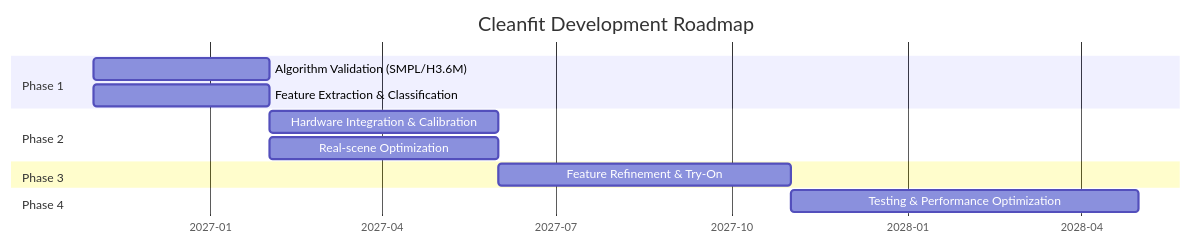
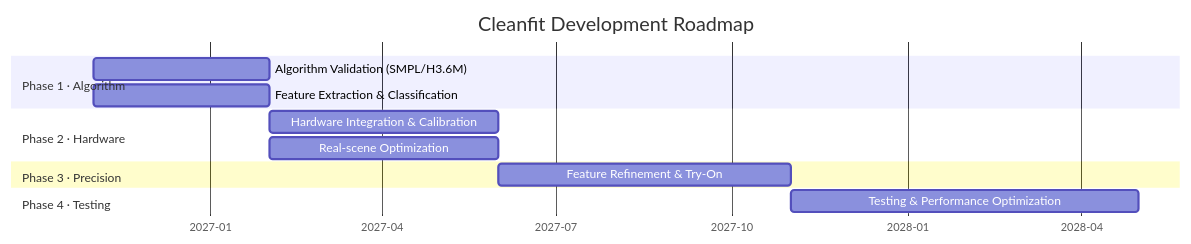
Before and after one commit to Aholic-12/Cleanfit: the first of 2 diagrams in README.md, drawn with Mermaid. The commit also changed other lines of this file, not shown here.

````diff
--- a/README.md
+++ b/README.md
@@ -236,20 +218,20 @@
 ```mermaid
 gantt
     title Cleanfit Development Roadmap
     dateFormat YYYY-MM
     axisFormat %Y-%m
 
-    section Phase 1
+    section Phase 1 · Algorithm
     Algorithm Validation (SMPL/H3.6M)     :p1, 2026-11, 3M
-    Feature Extraction & Classification    :p1b, 2026-11, 3M
+    Feature Extraction & Classification   :p1b, 2026-11, 3M
 
-    section Phase 2
-    Hardware Integration & Calibration     :p2, after p1, 4M
-    Real-scene Optimization                :p2b, after p1, 4M
+    section Phase 2 · Hardware
+    Hardware Integration & Calibration    :p2, after p1, 4M
+    Real-scene Optimization               :p2b, after p1, 4M
 
-    section Phase 3
-    Feature Refinement & Try-On            :p3, after p2, 5M
+    section Phase 3 · Precision
+    Feature Refinement & Try-On           :p3, after p2, 5M
 
-    section Phase 4
-    Testing & Performance Optimization     :p4, after p3, 6M
+    section Phase 4 · Testing
+    Testing & Performance Optimization    :p4, after p3, 6M
 ```
````
